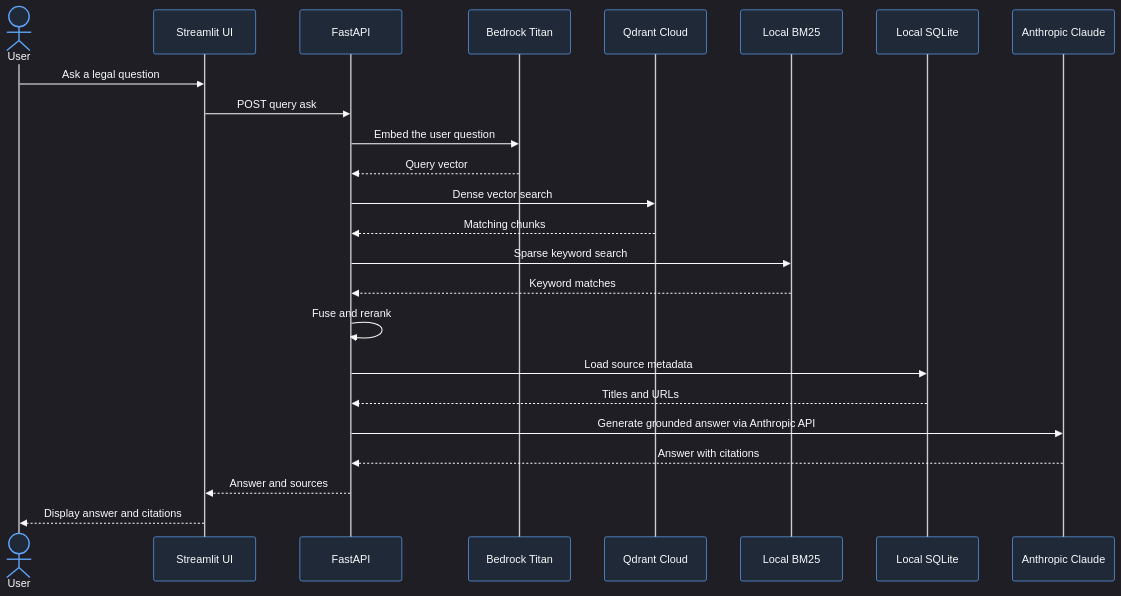
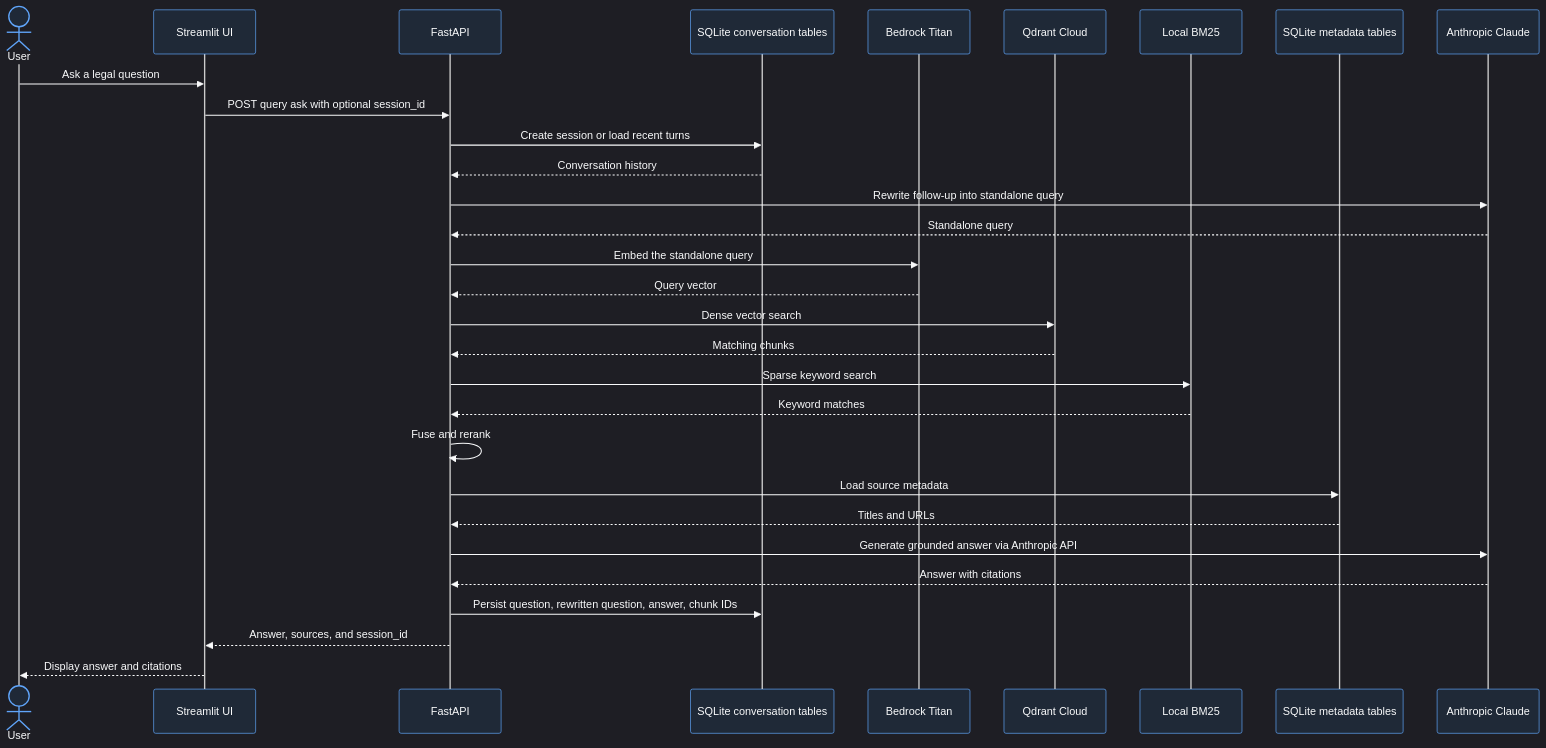
One commit to r-ome/ph-law-rag changed the third of 3 diagrams in docs/aws_deployment_diagram.md. Above: the diagram before and after it, drawn with Mermaid. The commit also changed other lines of this file and 16 other files, not shown here.

````diff
--- a/docs/aws_deployment_diagram.md
+++ b/docs/aws_deployment_diagram.md
@@ -64,28 +65,34 @@
 ```mermaid
 %%{init: {"theme": "dark", "themeVariables": {"background": "#111827", "primaryColor": "#1f2937", "primaryTextColor": "#f9fafb", "primaryBorderColor": "#60a5fa", "lineColor": "#93c5fd", "actorBkg": "#1f2937", "actorTextColor": "#f9fafb", "actorBorder": "#60a5fa", "signalColor": "#f9fafb", "signalTextColor": "#f9fafb", "labelBoxBkgColor": "#111827", "labelTextColor": "#f9fafb"}}}%%
 sequenceDiagram
     actor User
     participant UI as Streamlit UI
     participant API as FastAPI
+    participant Conv as SQLite conversation tables
     participant Titan as Bedrock Titan
     participant Qdrant as Qdrant Cloud
     participant BM25 as Local BM25
-    participant DB as Local SQLite
+    participant DB as SQLite metadata tables
     participant Claude as Anthropic Claude
 
     User->>UI: Ask a legal question
-    UI->>API: POST query ask
-    API->>Titan: Embed the user question
+    UI->>API: POST query ask with optional session_id
+    API->>Conv: Create session or load recent turns
+    Conv-->>API: Conversation history
+    API->>Claude: Rewrite follow-up into standalone query
+    Claude-->>API: Standalone query
+    API->>Titan: Embed the standalone query
     Titan-->>API: Query vector
     API->>Qdrant: Dense vector search
     Qdrant-->>API: Matching chunks
     API->>BM25: Sparse keyword search
     BM25-->>API: Keyword matches
     API->>API: Fuse and rerank
     API->>DB: Load source metadata
     DB-->>API: Titles and URLs
     API->>Claude: Generate grounded answer via Anthropic API
     Claude-->>API: Answer with citations
-    API-->>UI: Answer and sources
+    API->>Conv: Persist question, rewritten question, answer, chunk IDs
+    API-->>UI: Answer, sources, and session_id
     UI-->>User: Display answer and citations
 ```
````
